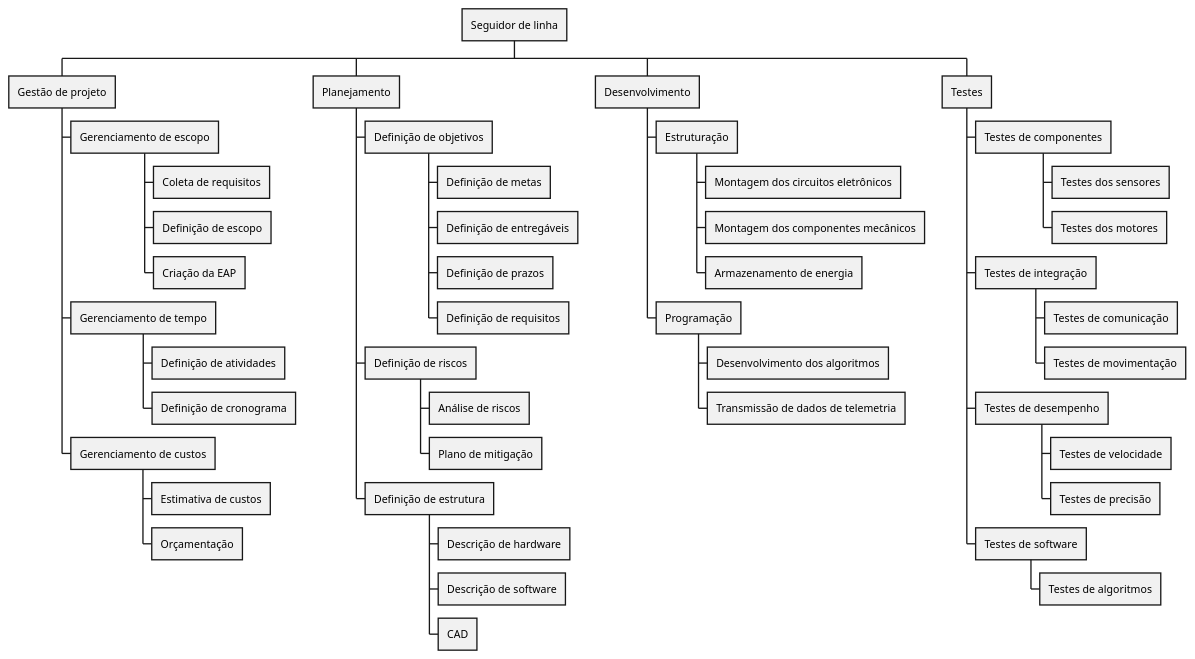
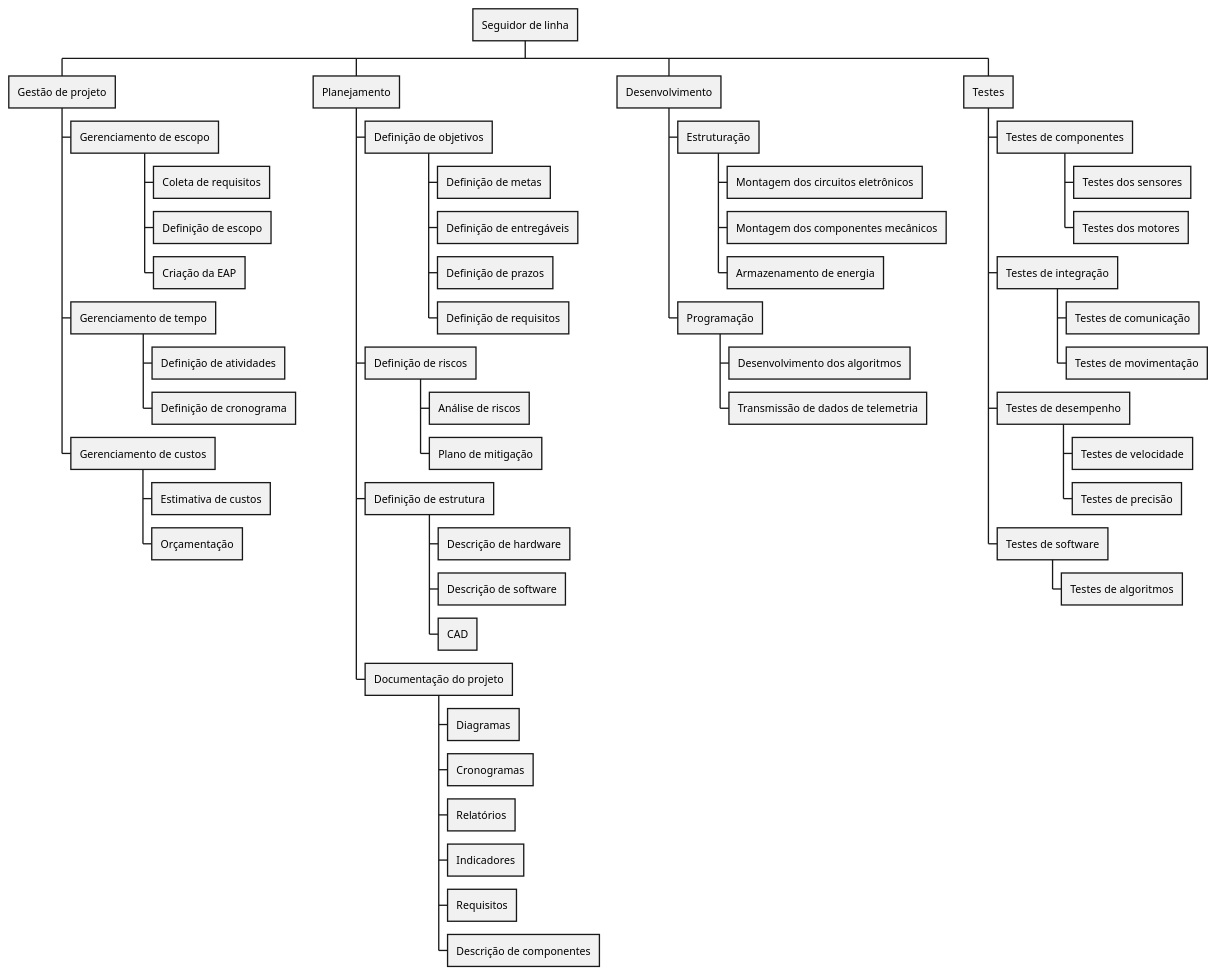
Before and after one commit to PI1-UnB-Gama/docs: the diagram in diagrams/eap.puml, drawn with PlantUML. The commit also changed 15 other files, not shown here.

```diff
--- a/diagrams/eap.puml
+++ b/diagrams/eap.puml
@@ -1,51 +1,58 @@
 @startwbs
 * Seguidor de linha
 
 ** Gestão de projeto
 *** Gerenciamento de escopo
 **** Coleta de requisitos
 **** Definição de escopo
 **** Criação da EAP
 *** Gerenciamento de tempo
 **** Definição de atividades
 **** Definição de cronograma
 *** Gerenciamento de custos
 **** Estimativa de custos
 **** Orçamentação
 
 ** Planejamento
 *** Definição de objetivos
 **** Definição de metas
 **** Definição de entregáveis
 **** Definição de prazos
 **** Definição de requisitos
 *** Definição de riscos
 **** Análise de riscos
 **** Plano de mitigação
 *** Definição de estrutura
 **** Descrição de hardware
 **** Descrição de software
 **** CAD
+*** Documentação do projeto
+**** Diagramas
+**** Cronogramas
+**** Relatórios
+**** Indicadores
+**** Requisitos
+**** Descrição de componentes
 
 ** Desenvolvimento
 *** Estruturação
 **** Montagem dos circuitos eletrônicos
 **** Montagem dos componentes mecânicos
 **** Armazenamento de energia
 *** Programação
 **** Desenvolvimento dos algoritmos
 **** Transmissão de dados de telemetria
 
 ** Testes
 *** Testes de componentes
 **** Testes dos sensores
 **** Testes dos motores
 *** Testes de integração
 **** Testes de comunicação
 **** Testes de movimentação
 *** Testes de desempenho
 **** Testes de velocidade
 **** Testes de precisão
 *** Testes de software
 **** Testes de algoritmos
 @endwbs
```
